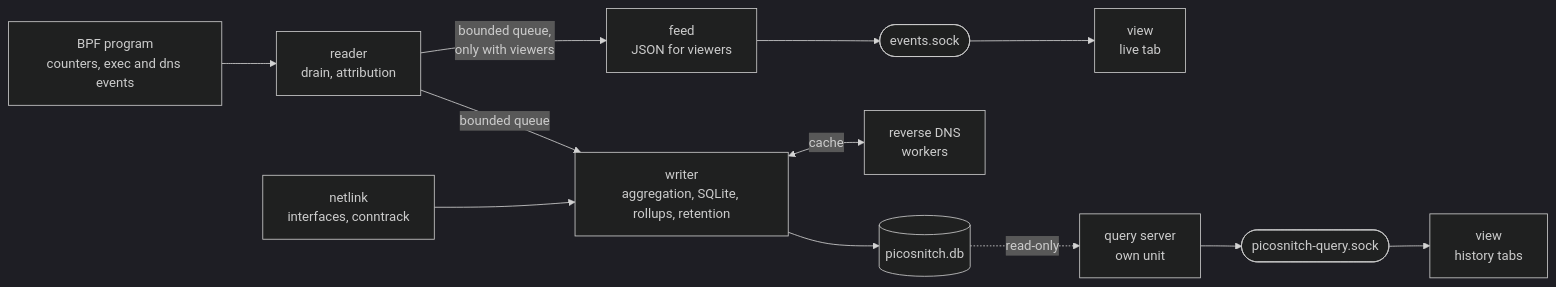
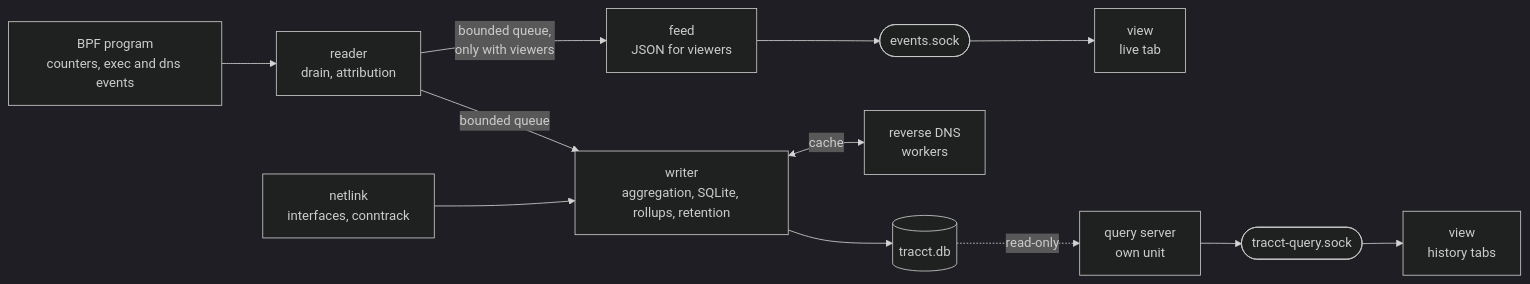
The diagram in docs/DESIGN.md (dehesselle/tracct), drawn with Mermaid (dark theme) before and after one commit. The commit also changed other lines of this file and 62 other files, not shown here.

````diff
--- a/docs/DESIGN.md
+++ b/docs/DESIGN.md
@@ -117,14 +116,14 @@
 ```mermaid
 flowchart LR
     BPF["BPF program<br/>counters, exec and dns events"] --> R
     R["reader<br/>drain, attribution"] -- bounded queue --> W
     R -- bounded queue,<br/>only with viewers --> F
-    W["writer<br/>aggregation, SQLite, rollups, retention"] --> DB[(picosnitch.db)]
+    W["writer<br/>aggregation, SQLite, rollups, retention"] --> DB[(tracct.db)]
     W <-- cache --> DNS["reverse DNS<br/>workers"]
     NL["netlink<br/>interfaces, conntrack"] --> W
     F["feed<br/>JSON for viewers"] --> LIVE([events.sock])
     LIVE --> VIEW["view<br/>live tab"]
     DB -. read-only .-> Q["query server<br/>own unit"]
-    Q --> QS([picosnitch-query.sock])
+    Q --> QS([tracct-query.sock])
     QS --> HIST["view<br/>history tabs"]
 ```
````
